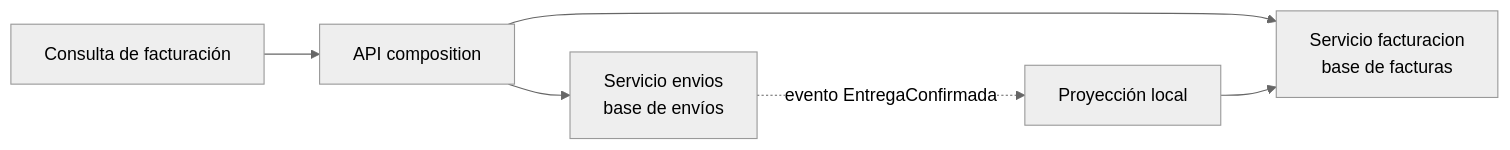
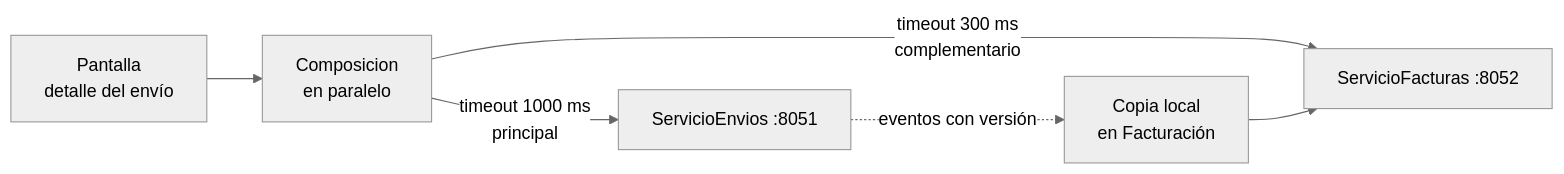
One commit to NICORUIZ93/The_Imperial_Book changed the second of 4 diagrams in web/public/content/arquitectura/modulo-4.md. Above: the diagram before and after it, drawn with Mermaid (neutral theme). The commit also changed other lines of this file and 3 other files, not shown here.

````diff
--- a/web/public/content/arquitectura/modulo-4.md
+++ b/web/public/content/arquitectura/modulo-4.md
@@ -110,8 +489,8 @@
 ```mermaid
 flowchart LR
-  C["Consulta de facturación"] --> A["API composition"]
-  A --> E["Servicio envios<br/>base de envíos"]
-  A --> F["Servicio facturacion<br/>base de facturas"]
-  E -. "evento EntregaConfirmada" .-> P["Proyección local"]
-  P --> F
+    P["Pantalla<br/>detalle del envío"] --> C["Composicion<br/>en paralelo"]
+    C -->|"timeout 1000 ms<br/>principal"| E["ServicioEnvios :8051"]
+    C -->|"timeout 300 ms<br/>complementario"| F["ServicioFacturas :8052"]
+    E -. "eventos con versión" .-> L["Copia local<br/>en Facturación"]
+    L --> F
 ```
````
